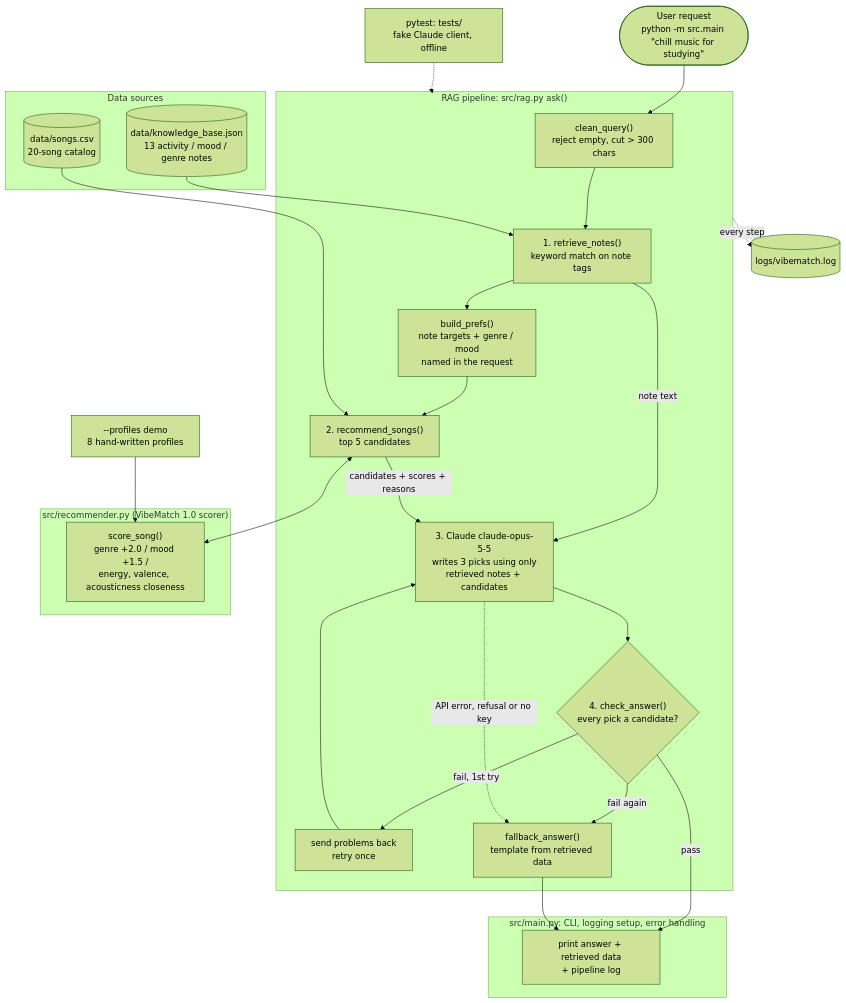
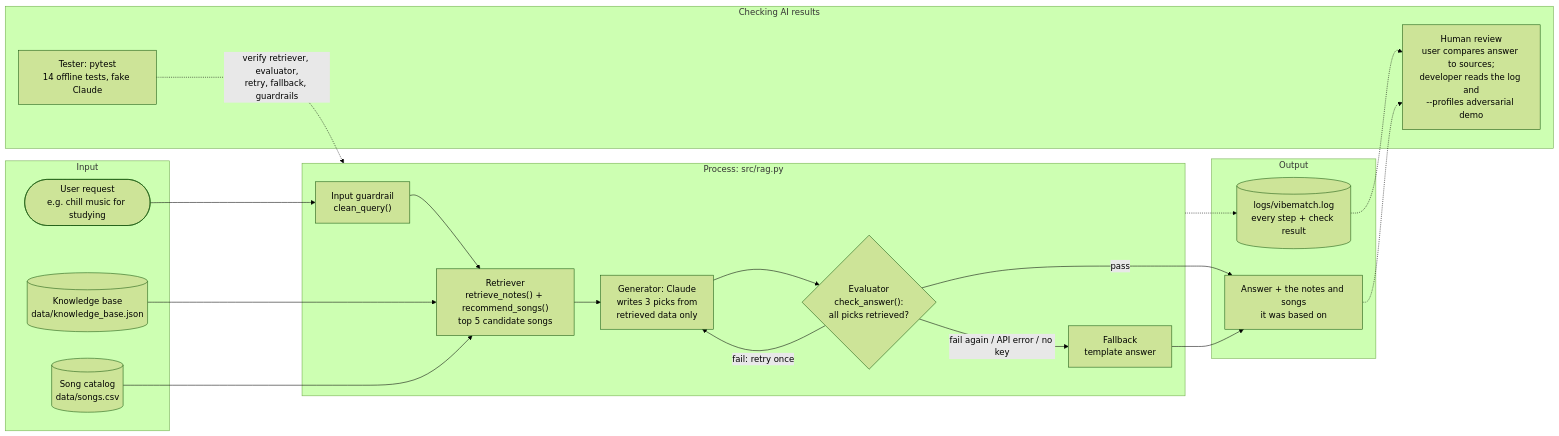
Before and after one commit to AkhilRB0204/applied-ai-system-project: the diagram in diagrams/architecture.mmd, drawn with Mermaid (forest theme). The commit also changed 1 other file, not shown here.

Commit message:
Update system architecture diagrams for VibeMatch 2.0: refine descriptions, enhance flowcharts, and clarify component roles.

```diff
--- a/diagrams/architecture.mmd
+++ b/diagrams/architecture.mmd
@@ -1,51 +1,40 @@
-%% VibeMatch 2.0: system architecture
-%% A plain-English request flows through retrieval, Claude generation and an
-%% output check. The original profile scorer is reused as the song retriever.
+%% VibeMatch 2.0: system diagram
+%% Input -> Process -> Output, plus where code, tests and humans check the AI's results.
 
-flowchart TD
-    User(["User request<br/>python -m src.main &quot;chill music for studying&quot;"])
-
-    subgraph Data["Data sources"]
-        CSV[("data/songs.csv<br/>20-song catalog")]
-        KB[("data/knowledge_base.json<br/>13 activity / mood / genre notes")]
+flowchart LR
+    subgraph Input
+        Req(["User request<br/>e.g. chill music for studying"])
+        KB[("Knowledge base<br/>data/knowledge_base.json")]
+        CSV[("Song catalog<br/>data/songs.csv")]
     end
 
-    subgraph App["src/main.py: CLI, logging setup, error handling"]
-        Print["print answer + retrieved data<br/>+ pipeline log"]
+    subgraph Process["Process: src/rag.py"]
+        Guard["Input guardrail<br/>clean_query()"]
+        Retriever["Retriever<br/>retrieve_notes() + recommend_songs()<br/>top 5 candidate songs"]
+        Generator["Generator: Claude<br/>writes 3 picks from<br/>retrieved data only"]
+        Evaluator{"Evaluator<br/>check_answer():<br/>all picks retrieved?"}
+        Fallback["Fallback<br/>template answer"]
     end
 
-    subgraph RAG["RAG pipeline: src/rag.py ask()"]
-        Guard["clean_query()<br/>reject empty, cut > 300 chars"]
-        Notes["1. retrieve_notes()<br/>keyword match on note tags"]
-        Prefs["build_prefs()<br/>note targets + genre / mood<br/>named in the request"]
-        Songs["2. recommend_songs()<br/>top 5 candidates"]
-        Gen["3. Claude claude-opus-5-5<br/>writes 3 picks using only<br/>retrieved notes + candidates"]
-        Check{"4. check_answer()<br/>every pick a candidate?"}
-        Retry["send problems back<br/>retry once"]
-        Fallback["fallback_answer()<br/>template from retrieved data"]
+    subgraph Output
+        Answer["Answer + the notes and songs<br/>it was based on"]
+        Log[("logs/vibematch.log<br/>every step + check result")]
     end
 
-    subgraph Scorer["src/recommender.py (VibeMatch 1.0 scorer)"]
-        Score["score_song()<br/>genre +2.0 / mood +1.5 /<br/>energy, valence, acousticness closeness"]
+    subgraph Checks["Checking AI results"]
+        Tests["Tester: pytest<br/>14 offline tests, fake Claude"]
+        Human["Human review<br/>user compares answer to sources;<br/>developer reads the log and<br/>--profiles adversarial demo"]
     end
 
-    Log[("logs/vibematch.log")]
-    Profiles["--profiles demo<br/>8 hand-written profiles"]
-    Tests["pytest: tests/<br/>fake Claude client, offline"]
+    Req --> Guard --> Retriever
+    KB --> Retriever
+    CSV --> Retriever
+    Retriever --> Generator --> Evaluator
+    Evaluator -->|"pass"| Answer
+    Evaluator -->|"fail: retry once"| Generator
+    Evaluator -->|"fail again / API error / no key"| Fallback --> Answer
+    Process -.-> Log
 
-    User --> Guard --> Notes
-    KB --> Notes
-    Notes --> Prefs --> Songs
-    CSV --> Songs
-    Songs <--> Score
-    Notes -->|"note text"| Gen
-    Songs -->|"candidates + scores + reasons"| Gen
-    Gen --> Check
-    Check -->|"pass"| Print
-    Check -->|"fail, 1st try"| Retry --> Gen
-    Check -->|"fail again"| Fallback
-    Gen -.->|"API error, refusal or no key"| Fallback
-    Fallback --> Print
-    RAG -.->|"every step"| Log
-    Profiles --> Score
-    Tests -.-> RAG
+    Tests -.->|"verify retriever, evaluator,<br/>retry, fallback, guardrails"| Process
+    Answer -.-> Human
+    Log -.-> Human
```
